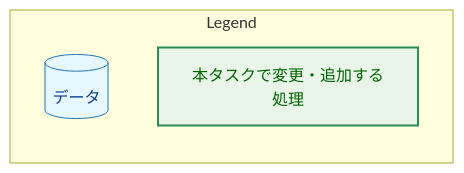
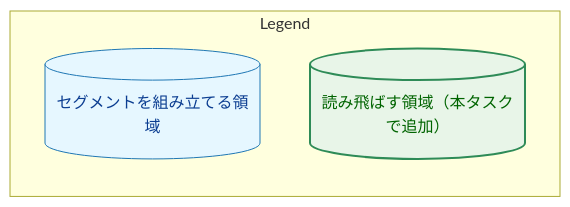
Before and after one commit to isseis/yt2column: the second of 13 diagrams in docs/tasks/0024_copied_transcript_panel_lines/02_architecture.md, drawn with Mermaid. The commit also changed other lines of this file and 1 other file, not shown here.

First line of the commit message:
docs(0024): add form B chapter headings to the requirements and redraft the architecture (#314)

````diff
--- a/docs/tasks/0024_copied_transcript_panel_lines/02_architecture.md
+++ b/docs/tasks/0024_copied_transcript_panel_lines/02_architecture.md
@@ -54,13 +52,13 @@
 ```mermaid
 flowchart LR
     classDef data fill:#e6f7ff,stroke:#1f77b4,stroke-width:1px,color:#0b3d91;
     classDef enhanced fill:#e8f5e8,stroke:#2e8b57,stroke-width:2px,color:#006400;
 
     subgraph Legend["Legend"]
-        L1[("データ")]
-        L2["本タスクで変更・追加する処理"]
+        L1[("セグメントを組み立てる領域")]
+        L2[("読み飛ばす領域（本タスクで追加）")]
     end
 
     class L1 data
     class L2 enhanced
 ```
````
